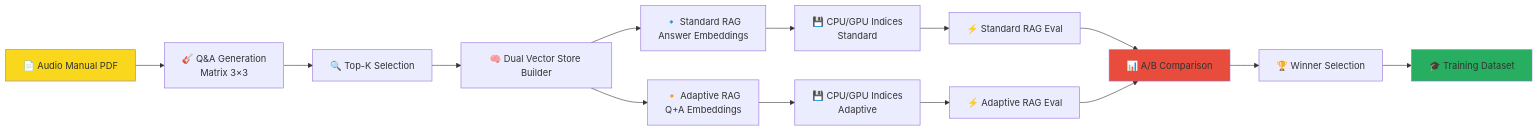
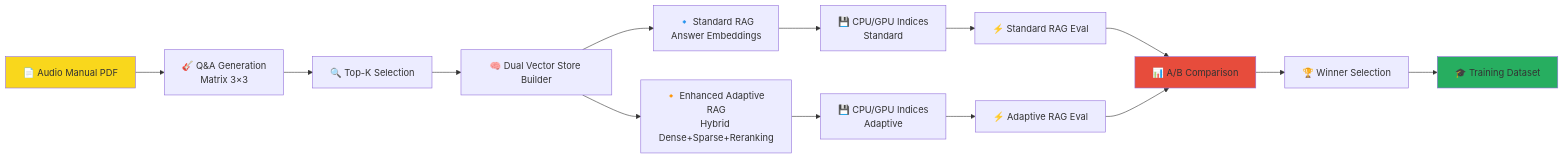
The diagram in README.md (monk-ee/pdf-autorag-qa), drawn with Mermaid before and after one commit. The commit also changed other lines of this file and 1 other file, not shown here.

````diff
--- a/README.md
+++ b/README.md
@@ -27,25 +27,25 @@
 ```mermaid
 graph LR
     A[📄 Audio Manual PDF] --> B[🎸 Q&A Generation<br/>Matrix 3×3]
     B --> C[🔍 Top-K Selection]
     C --> D[🧠 Dual Vector Store Builder]
     
     D --> E1[🔹 Standard RAG<br/>Answer Embeddings]
-    D --> E2[🔸 Adaptive RAG<br/>Q+A Embeddings]
+    D --> E2[🔸 Enhanced Adaptive RAG<br/>Hybrid Dense+Sparse+Reranking]
     
     E1 --> F1[💾 CPU/GPU Indices<br/>Standard]
     E2 --> F2[💾 CPU/GPU Indices<br/>Adaptive]
     
     F1 --> G1[⚡ Standard RAG Eval]
     F2 --> G2[⚡ Adaptive RAG Eval]
     
     G1 --> H[📊 A/B Comparison]
     G2 --> H
     
     H --> I[🏆 Winner Selection]
     I --> J[🎓 Training Dataset]
     
     style A fill:#f9d71c
     style H fill:#e74c3c
     style J fill:#27ae60
 ```
````
